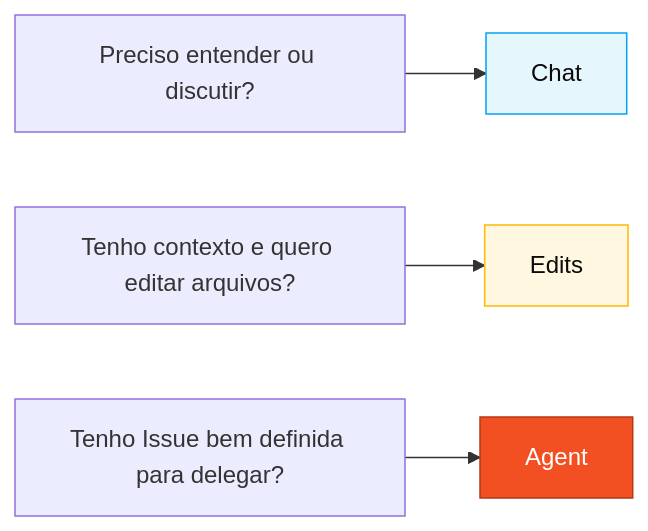
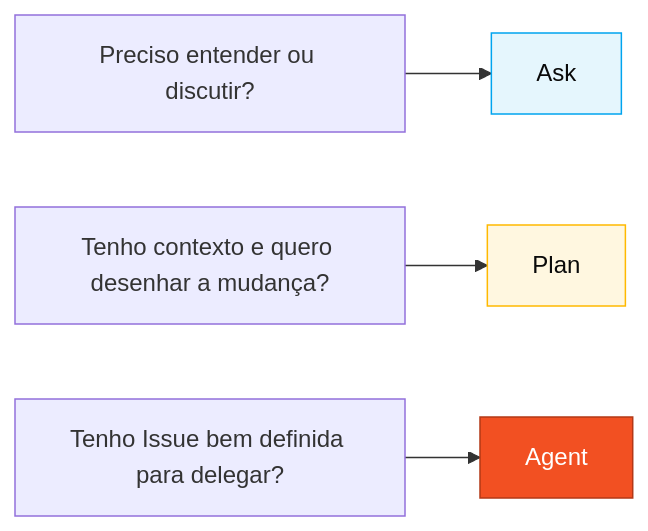
Before and after one commit to paulasilvatech/hackathon-datacorp-team-kit: the diagram in pt-br/cheat-sheets/copilot-3-modes.md, drawn with Mermaid. The commit also changed other lines of this file and 241 other files, not shown here.

````diff
--- a/pt-br/cheat-sheets/copilot-3-modes.md
+++ b/pt-br/cheat-sheets/copilot-3-modes.md
@@ -28,10 +30,10 @@
 ```mermaid
 flowchart LR
- classDef chat fill:#E5F6FD,stroke:#00A4EF,color:#0A0A0A
- classDef edits fill:#FFF7E0,stroke:#FFB900,color:#0A0A0A
+ classDef ask fill:#E5F6FD,stroke:#00A4EF,color:#0A0A0A
+ classDef plan fill:#FFF7E0,stroke:#FFB900,color:#0A0A0A
  classDef agent fill:#F25022,stroke:#B33816,color:#fff
 
- A[Preciso entender ou discutir?] --> Chat[Chat]:::chat
- B[Tenho contexto e quero editar arquivos?] --> Edits[Edits]:::edits
+ A[Preciso entender ou discutir?] --> Ask[Ask]:::ask
+ B[Tenho contexto e quero desenhar a mudança?] --> Plan[Plan]:::plan
  C[Tenho Issue bem definida para delegar?] --> Agent[Agent]:::agent
 ```
````
